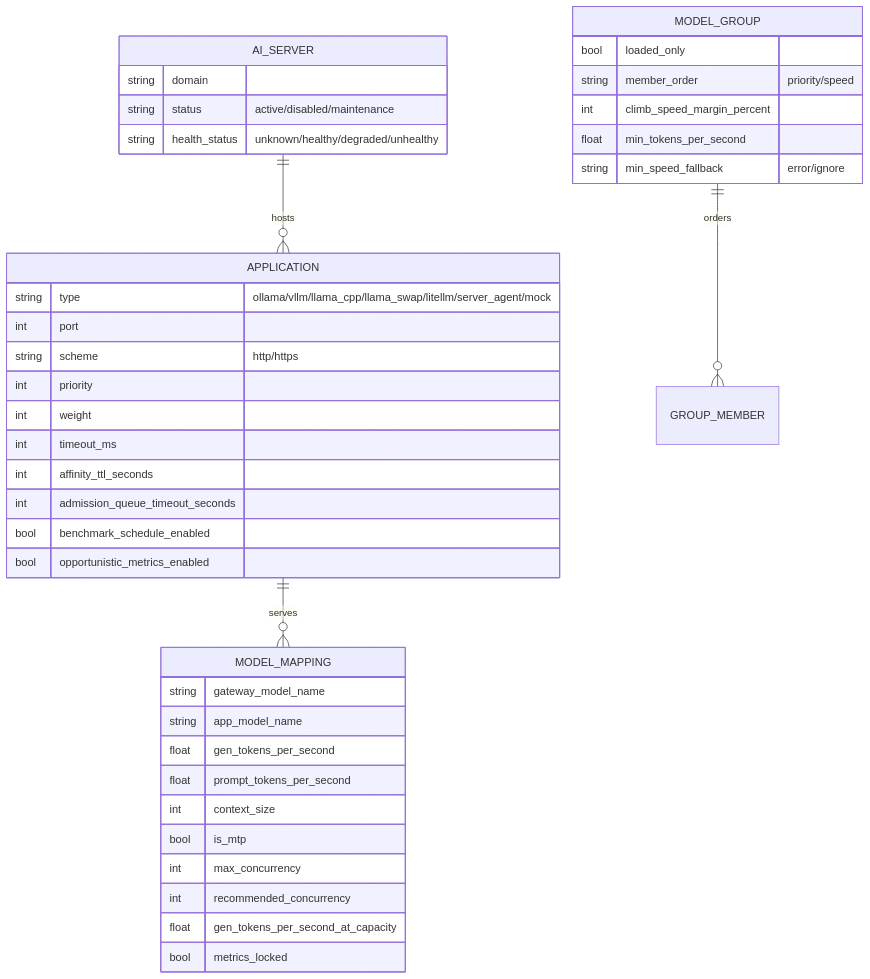
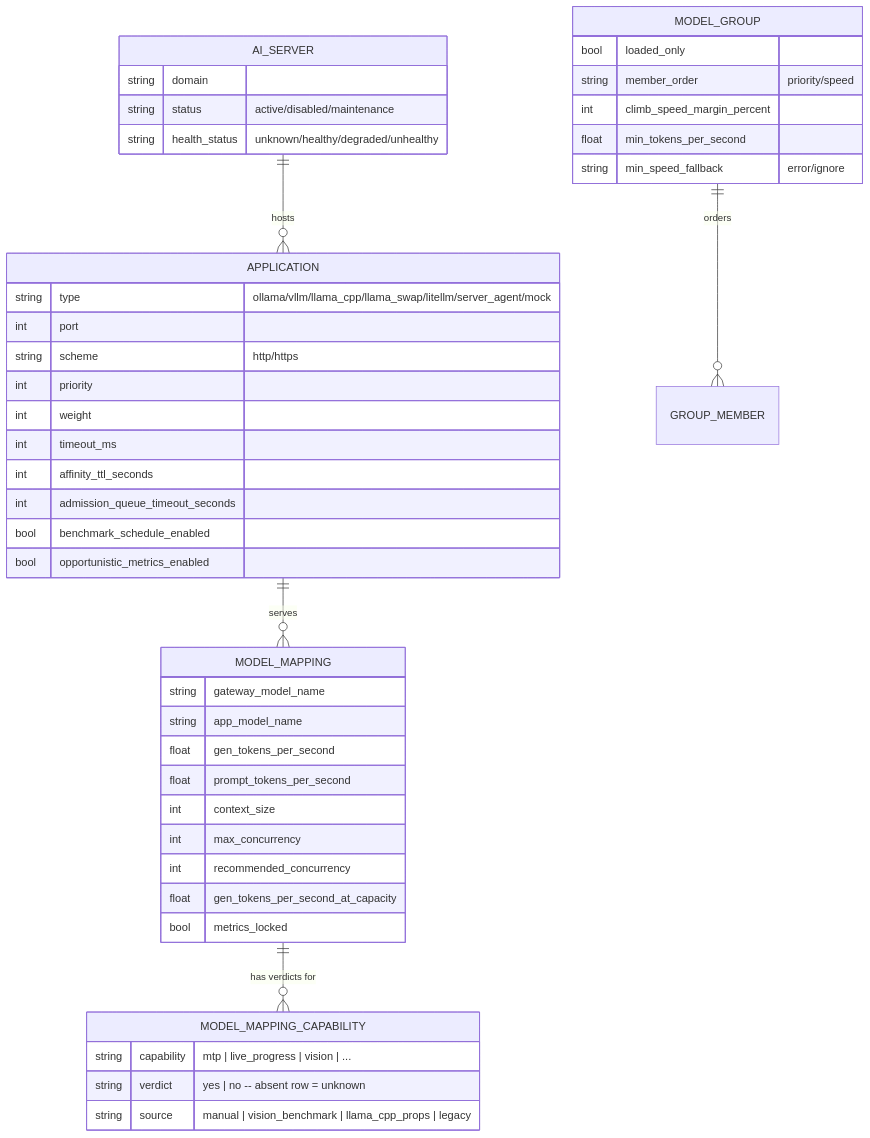
One commit to JLor08/op-ai-gateway changed the first of 5 diagrams in docs/architecture/cross-cutting/routing-and-model-selection.md. Above: the diagram before and after it, drawn with Mermaid. The commit also changed other lines of this file and 69 other files, not shown here.

````diff
--- a/docs/architecture/cross-cutting/routing-and-model-selection.md
+++ b/docs/architecture/cross-cutting/routing-and-model-selection.md
@@ -13,43 +14,48 @@
 ```mermaid
 erDiagram
     AI_SERVER ||--o{ APPLICATION : hosts
     APPLICATION ||--o{ MODEL_MAPPING : serves
+    MODEL_MAPPING ||--o{ MODEL_MAPPING_CAPABILITY : "has verdicts for"
     MODEL_GROUP ||--o{ GROUP_MEMBER : orders
 
     AI_SERVER {
         string domain
         string status "active/disabled/maintenance"
         string health_status "unknown/healthy/degraded/unhealthy"
     }
     APPLICATION {
         string type "ollama/vllm/llama_cpp/llama_swap/litellm/server_agent/mock"
         int port
         string scheme "http/https"
         int priority
         int weight
         int timeout_ms
         int affinity_ttl_seconds
         int admission_queue_timeout_seconds
         bool benchmark_schedule_enabled
         bool opportunistic_metrics_enabled
     }
     MODEL_MAPPING {
         string gateway_model_name
         string app_model_name
         float gen_tokens_per_second
         float prompt_tokens_per_second
         int context_size
-        bool is_mtp
         int max_concurrency
         int recommended_concurrency
         float gen_tokens_per_second_at_capacity
         bool metrics_locked
+    }
+    MODEL_MAPPING_CAPABILITY {
+        string capability "mtp | live_progress | vision | ..."
+        string verdict "yes | no -- absent row = unknown"
+        string source "manual | vision_benchmark | llama_cpp_props | legacy"
     }
     MODEL_GROUP {
         bool loaded_only
         string member_order "priority/speed"
         int climb_speed_margin_percent
         float min_tokens_per_second
         string min_speed_fallback "error/ignore"
     }
 ```
````
